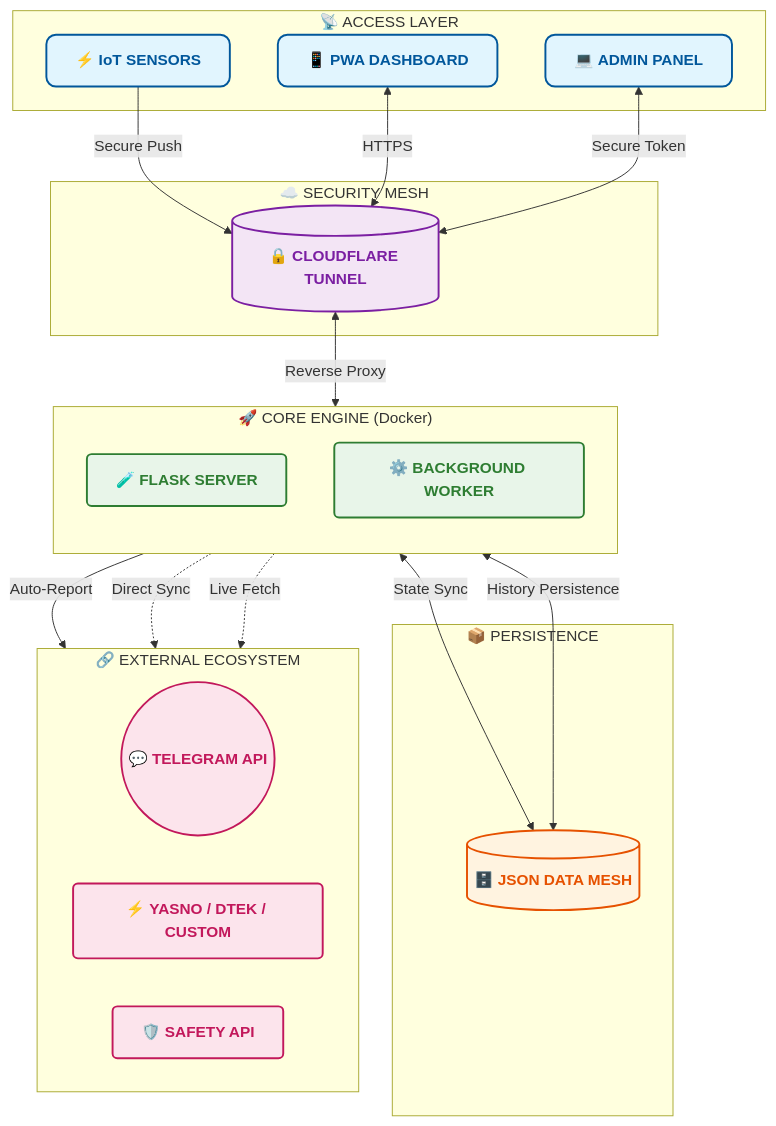
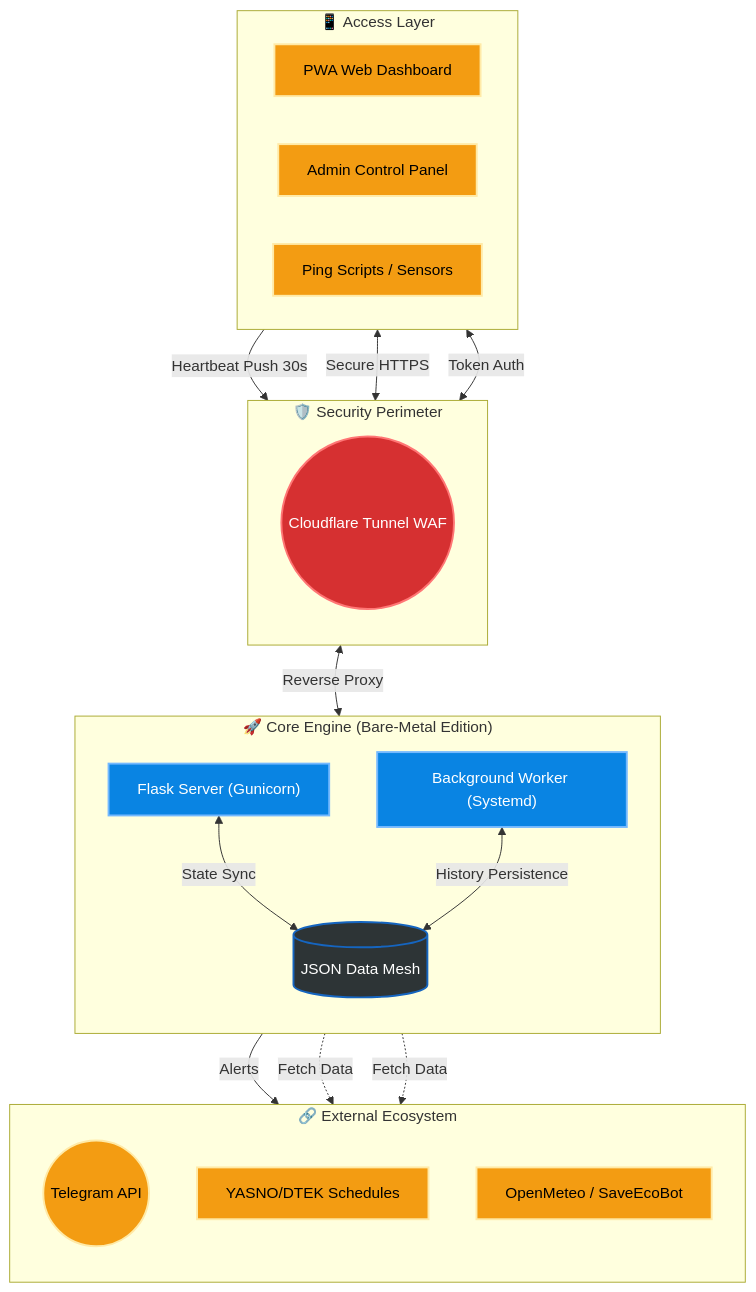
The diagram in README.md (weby-homelab/flash-monitor-kyiv), drawn with Mermaid before and after one commit. The commit also changed 1 other file, not shown here.

Commit message:
docs: overhaul mermaid architecture diagram for classic Bare-Metal edition

````diff
--- a/README.md
+++ b/README.md
@@ -86,51 +86,58 @@
 ```mermaid
-flowchart TD
-    classDef access fill:#e1f5fe,stroke:#01579b,stroke-width:2px,color:#01579b,rx:10,ry:10
-    classDef network fill:#f3e5f5,stroke:#7b1fa2,stroke-width:2px,color:#7b1fa2,rx:5,ry:5
-    classDef core fill:#e8f5e9,stroke:#2e7d32,stroke-width:2px,color:#2e7d32,rx:5,ry:5
-    classDef storage fill:#fff3e0,stroke:#e65100,stroke-width:2px,color:#e65100,rx:10,ry:10
-    classDef external fill:#fce4ec,stroke:#c2185b,stroke-width:2px,color:#c2185b,rx:5,ry:5
+graph TD
+    %% -- Styles --
+    classDef cloud fill:#2d3436,stroke:#7b1fa2,stroke-width:2px,color:#fff
+    classDef local fill:#2d3436,stroke:#1565c0,stroke-width:2px,color:#fff
+    classDef service fill:#0984e3,stroke:#74b9ff,stroke-width:2px,color:#fff
+    classDef security fill:#d63031,stroke:#ff7675,stroke-width:2px,color:#fff
+    classDef network fill:#00b894,stroke:#81ecec,stroke-width:2px,color:#fff
+    classDef external fill:#f39c12,stroke:#ffeaa7,stroke-width:2px,color:#000
 
-    subgraph Access ["📡 ACCESS LAYER"]
-        IoT["⚡ <b>IoT SENSORS</b>"]
-        PWA["📱 <b>PWA DASHBOARD</b>"]
-        ADM["💻 <b>ADMIN PANEL</b>"]
+    %% -- External & Access Layer --
+    subgraph Access ["📱 Access Layer"]
+        direction LR
+        PWA["PWA Web Dashboard"]:::external
+        ADM["Admin Control Panel"]:::external
+        IoT["Ping Scripts / Sensors"]:::external
     end
 
-    subgraph Network ["☁️ SECURITY MESH"]
-        CF[("🔒 <b>CLOUDFLARE TUNNEL</b>")]
+    %% -- Security Perimeter --
+    subgraph Security ["🛡️ Security Perimeter"]
+        direction TB
+        CF(("Cloudflare Tunnel WAF")):::security
     end
 
-    subgraph Core ["🚀 CORE ENGINE (Docker)"]
+    %% -- Core Application (Bare-Metal) --
+    subgraph Core ["🚀 Core Engine (Bare-Metal Edition)"]
         direction TB
-        WEB["🧪 <b>FLASK SERVER</b>"]
-        WORKER["⚙️ <b>BACKGROUND WORKER</b>"]
+        WEB["Flask Server (Gunicorn)"]:::service
+        WORKER["Background Worker (Systemd)"]:::service
+        JSON[("JSON Data Mesh")]:::local
     end
 
-    subgraph Storage ["📦 PERSISTENCE"]
-        JSON[("🗄️ <b>JSON DATA MESH</b>")]
+    %% -- External APIs --
+    subgraph API ["🔗 External Ecosystem"]
+        direction TB
+        TG(("Telegram API")):::external
+        YASNO["YASNO/DTEK Schedules"]:::external
+        WEATHER["OpenMeteo / SaveEcoBot"]:::external
     end
 
-    subgraph Integration ["🔗 EXTERNAL ECOSYSTEM"]
-        direction LR
-        TG(("💬 <b>TELEGRAM API</b>"))
-        DTEK["⚡ <b>YASNO / DTEK / CUSTOM</b>"]
-        SAFE["🛡️ <b>SAFETY API</b>"]
-    end
+    %% -- Relationships --
+    IoT -->|Heartbeat Push 30s| CF
+    PWA <-->|Secure HTTPS| CF
+    ADM <-->|Token Auth| CF
 
-    IoT -->|Secure Push| CF
-    PWA <-->|HTTPS| CF
-    ADM <-->|Secure Token| CF
     CF <-->|Reverse Proxy| WEB
+    
     WEB <-->|State Sync| JSON
+    
     WORKER <-->|History Persistence| JSON
-    WORKER -->|Auto-Report| TG
-    WORKER -.->|Direct Sync| DTEK
-    WEB -.->|Live Fetch| SAFE
+    WORKER -->|Alerts| TG
+    WORKER -.->|Fetch Data| YASNO
+    WORKER -.->|Fetch Data| WEATHER
 
-    class IoT,PWA,ADM access
-    class CF network
-    class WEB,WORKER core
-    class JSON storage
-    class TG,DTEK,SAFE external
+    %% Layout adjustments
+    CF ~~~ WEB
+    JSON ~~~ TG
 ```
````
